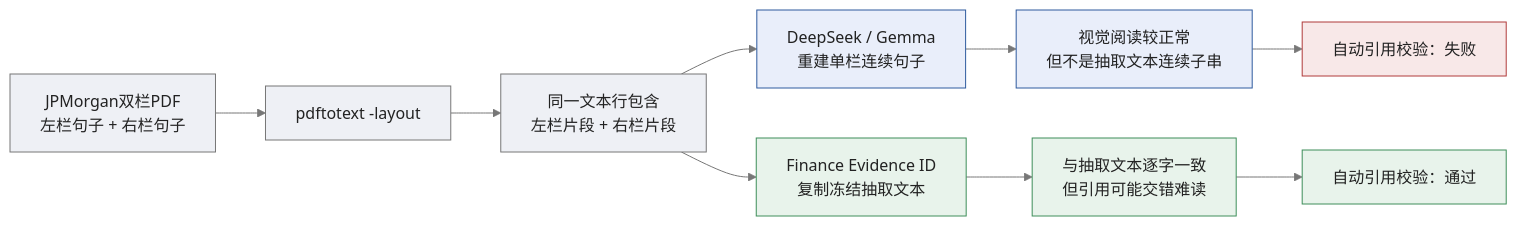
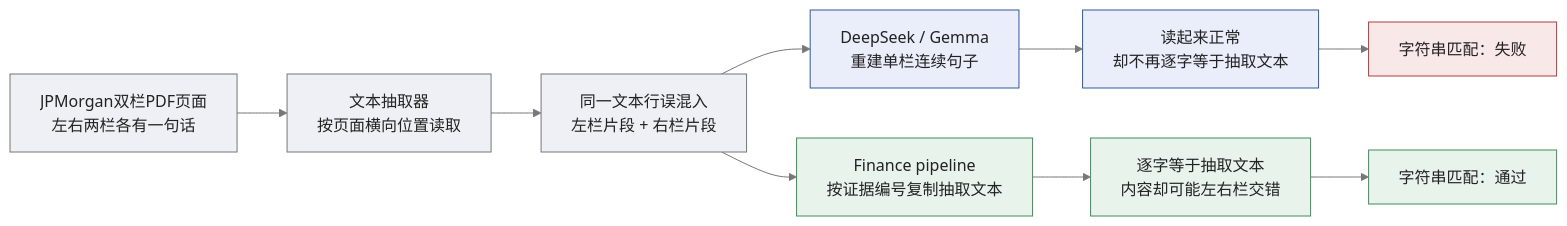
Before and after one commit to Alhabor/financial-filing-extraction: the diagram in report/visuals/src/jpm_two_column_failure.mmd, drawn with Mermaid. The commit also changed 11 other files, not shown here.

```diff
--- a/report/visuals/src/jpm_two_column_failure.mmd
+++ b/report/visuals/src/jpm_two_column_failure.mmd
@@ -1,21 +1,21 @@
 %%{init: {"theme": "base", "themeVariables": {"fontFamily": "Arial Unicode MS", "primaryTextColor": "#222222", "lineColor": "#777777"}}}%%
 flowchart LR
-  A[JPMorgan双栏PDF<br/>左栏句子 + 右栏句子] --> B[pdftotext -layout]
-  B --> C[同一文本行包含<br/>左栏片段 + 右栏片段]
+  A[JPMorgan双栏PDF页面<br/>左右两栏各有一句话] --> B[文本抽取器<br/>按页面横向位置读取]
+  B --> C[同一文本行误混入<br/>左栏片段 + 右栏片段]
   C --> D1[DeepSeek / Gemma<br/>重建单栏连续句子]
-  C --> D2[Finance Evidence ID<br/>复制冻结抽取文本]
-  D1 --> E1[视觉阅读较正常<br/>但不是抽取文本连续子串]
-  D2 --> E2[与抽取文本逐字一致<br/>但引用可能交错难读]
-  E1 --> F1[自动引用校验：失败]
-  E2 --> F2[自动引用校验：通过]
+  C --> D2[Finance pipeline<br/>按证据编号复制抽取文本]
+  D1 --> E1[读起来正常<br/>却不再逐字等于抽取文本]
+  D2 --> E2[逐字等于抽取文本<br/>内容却可能左右栏交错]
+  E1 --> F1[字符串匹配：失败]
+  E2 --> F2[字符串匹配：通过]
 
   classDef source fill:#EEF0F5,stroke:#777777,color:#222222;
   classDef general fill:#E9EEFA,stroke:#2E5A9E,color:#222222;
   classDef finance fill:#E8F3EB,stroke:#3E8E5A,color:#222222;
   classDef fail fill:#F8E8E8,stroke:#B03A3A,color:#222222;
   classDef pass fill:#E8F3EB,stroke:#3E8E5A,color:#222222;
   class A,B,C source;
   class D1,E1 general;
   class D2,E2 finance;
   class F1 fail;
   class F2 pass;
```
